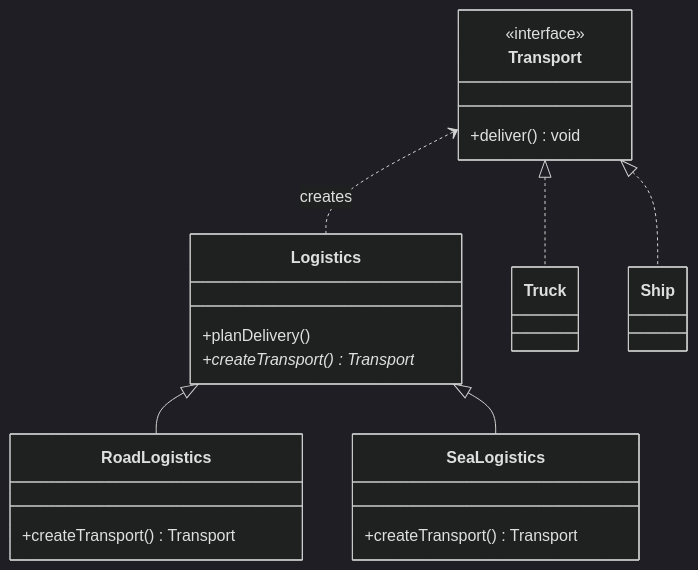
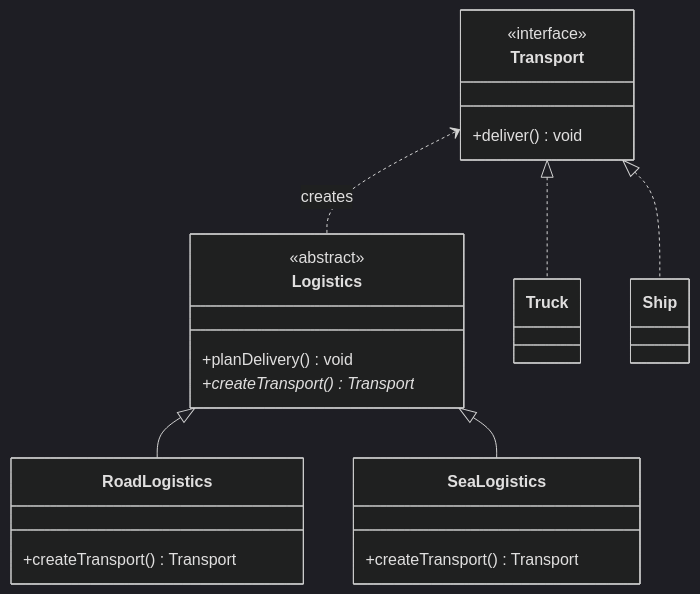
Before and after one commit to gp330841/interview: the first of 2 diagrams in low-level-design/concepts/03-factory-abstract-factory.md, drawn with Mermaid (dark theme). The commit also changed other lines of this file and 66 other files, not shown here.

````diff
--- a/low-level-design/concepts/03-factory-abstract-factory.md
+++ b/low-level-design/concepts/03-factory-abstract-factory.md
@@ -7,22 +16,23 @@
 ```mermaid
 classDiagram
     Logistics <|-- RoadLogistics
     Logistics <|-- SeaLogistics
     Transport <.. Logistics : creates
     Transport <|.. Truck
     Transport <|.. Ship
     class Logistics {
-        +planDelivery()
+        <<abstract>>
+        +planDelivery() void
         +createTransport()* Transport
     }
     class RoadLogistics {
         +createTransport() Transport
     }
     class SeaLogistics {
         +createTransport() Transport
     }
     class Transport {
         <<interface>>
         +deliver() void
     }
 ```
````
